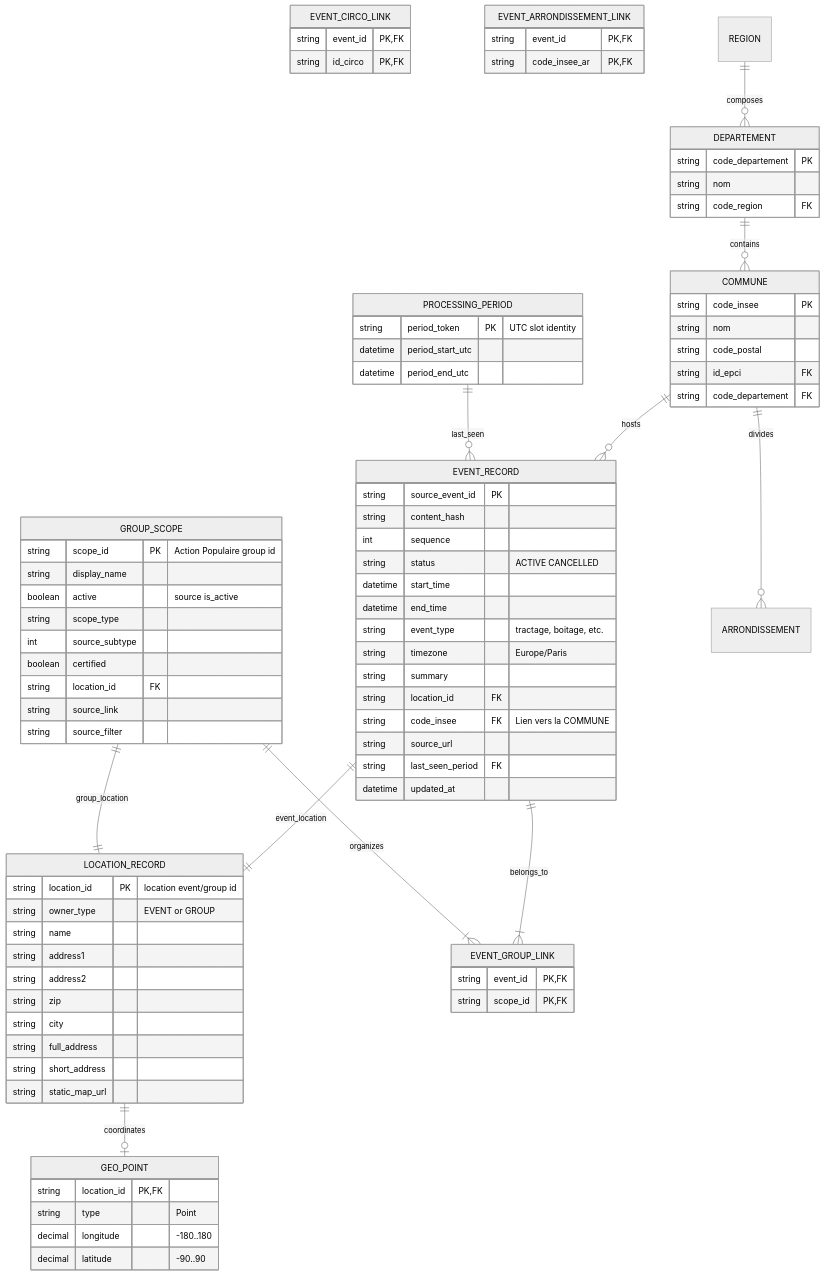
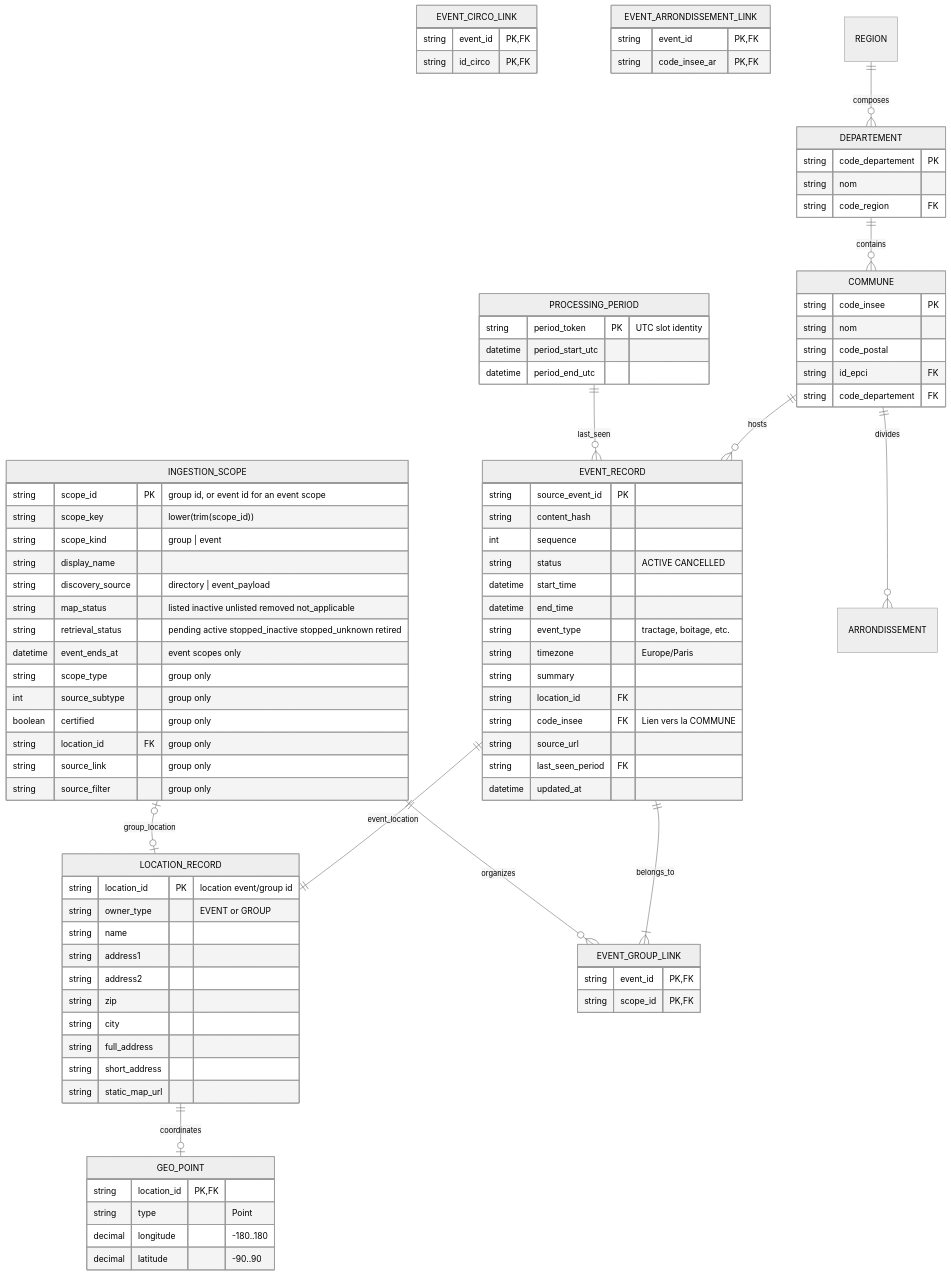
One commit to Bigchef-dev/actionpop-calendar changed the diagram in docs/data-oriented.mmd. Above: the diagram before and after it, drawn with Mermaid (neutral theme). The commit also changed 82 other files, not shown here.

Commit message:
scope in event ingester

```diff
--- a/docs/data-oriented.mmd
+++ b/docs/data-oriented.mmd
@@ -1,133 +1,138 @@
 erDiagram
     direction TB
 
     %% =========================================================
     %% COUCHE 1 : RACINES & ORCHESTRATION (NIVEAU HAUT)
     %% =========================================================
 
     PROCESSING_PERIOD {
         string period_token PK "UTC slot identity"
         datetime period_start_utc
         datetime period_end_utc
     }
 
-    GROUP_SCOPE {
-        string scope_id PK "Action Populaire group id"
+    INGESTION_SCOPE {
+        string scope_id PK "group id, or event id for an event scope"
+        string scope_key "lower(trim(scope_id))"
+        string scope_kind "group | event"
         string display_name
-        boolean active "source is_active"
-        string scope_type
-        int source_subtype
-        boolean certified
-        string location_id FK
-        string source_link
-        string source_filter
+        string discovery_source "directory | event_payload"
+        string map_status "listed inactive unlisted removed not_applicable"
+        string retrieval_status "pending active stopped_inactive stopped_unknown retired"
+        datetime event_ends_at "event scopes only"
+        string scope_type "group only"
+        int source_subtype "group only"
+        boolean certified "group only"
+        string location_id FK "group only"
+        string source_link "group only"
+        string source_filter "group only"
     }
 
     %% =========================================================
     %% COUCHE 2 : INTERMÉDIAIRES, JOBS & NIVEAUX DÉPARTEMENTAUX
     %% =========================================================
 
     DEPARTEMENT {
         string code_departement PK
         string nom
         string code_region FK
     }
 
     %% =========================================================
     %% COUCHE 3 : TRAÇABILITÉ, ENTITÉS LOCALES & ADRESSES
     %% =========================================================
 
 
 
     LOCATION_RECORD {
         string location_id PK "location event/group id"
         string owner_type "EVENT or GROUP"
         string name
         string address1
         string address2
         string zip
         string city
         string full_address
         string short_address
         string static_map_url
     }
 
     GEO_POINT {
         string location_id PK, FK
         string type "Point"
         decimal longitude "-180..180"
         decimal latitude "-90..90"
     }
 
     COMMUNE {
         string code_insee PK
         string nom
         string code_postal
         string id_epci FK
         string code_departement FK
     }
 
     %% =========================================================
     %% COUCHE 4 : L'ÉVÉNEMENT (AGRÉGAT CENTRAL)
     %% =========================================================
 
     EVENT_RECORD {
         string source_event_id PK
         string content_hash
         int sequence
         string status "ACTIVE CANCELLED"
         datetime start_time
         datetime end_time
         string event_type "tractage, boitage, etc."
         string timezone "Europe/Paris"
         string summary
         string location_id FK
         string code_insee FK "Lien vers la COMMUNE"
         string source_url
         string last_seen_period FK
         datetime updated_at
     }
 
     %% =========================================================
     %% COUCHE 5 : TABLES DE LIAISON (PIVOTS N:M, NIVEAU BAS)
     %% =========================================================
 
     EVENT_GROUP_LINK {
         string event_id PK, FK
         string scope_id PK, FK
     }
 
     EVENT_CIRCO_LINK {
         string event_id PK, FK
         string id_circo PK, FK
     }
 
     EVENT_ARRONDISSEMENT_LINK {
         string event_id PK, FK
         string code_insee_ar PK, FK
     }
 
     %% =========================================================
     %% RELATIONS (FLUX DESCENDANT STRICT PARENT -> ENFANT)
     %% =========================================================
 
     %% 1. Pipeline Ingestion & Cache (Gauche)
 
 
     %% 2. Adresses & Géolocalisation brute (Centre-Gauche)
-    GROUP_SCOPE ||--|| LOCATION_RECORD : group_location
+    INGESTION_SCOPE |o--o| LOCATION_RECORD : group_location
     LOCATION_RECORD ||--o| GEO_POINT : coordinates
     EVENT_RECORD ||--|| LOCATION_RECORD : event_location
 
     %% 3. Référentiel Administratif (Droite)
     REGION ||--o{ DEPARTEMENT : composes
     DEPARTEMENT ||--o{ COMMUNE : contains
     COMMUNE ||--o{ ARRONDISSEMENT : divides
 
     %% 4. Rattachement de l'Événement (Centre)
     PROCESSING_PERIOD ||--o{ EVENT_RECORD : last_seen
     COMMUNE ||--o{ EVENT_RECORD : hosts
 
     %% 5. Tables de Liaison N:M (Bas du diagramme)
-    GROUP_SCOPE ||--|{ EVENT_GROUP_LINK : organizes
+    INGESTION_SCOPE ||--o{ EVENT_GROUP_LINK : organizes
     EVENT_RECORD ||--|{ EVENT_GROUP_LINK : belongs_to
```
